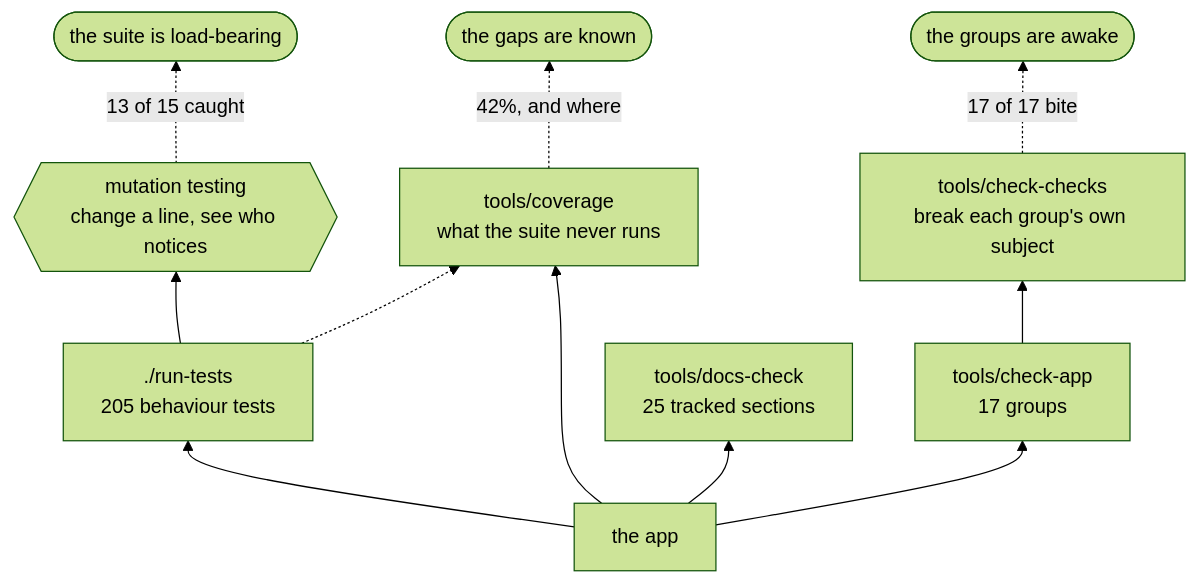
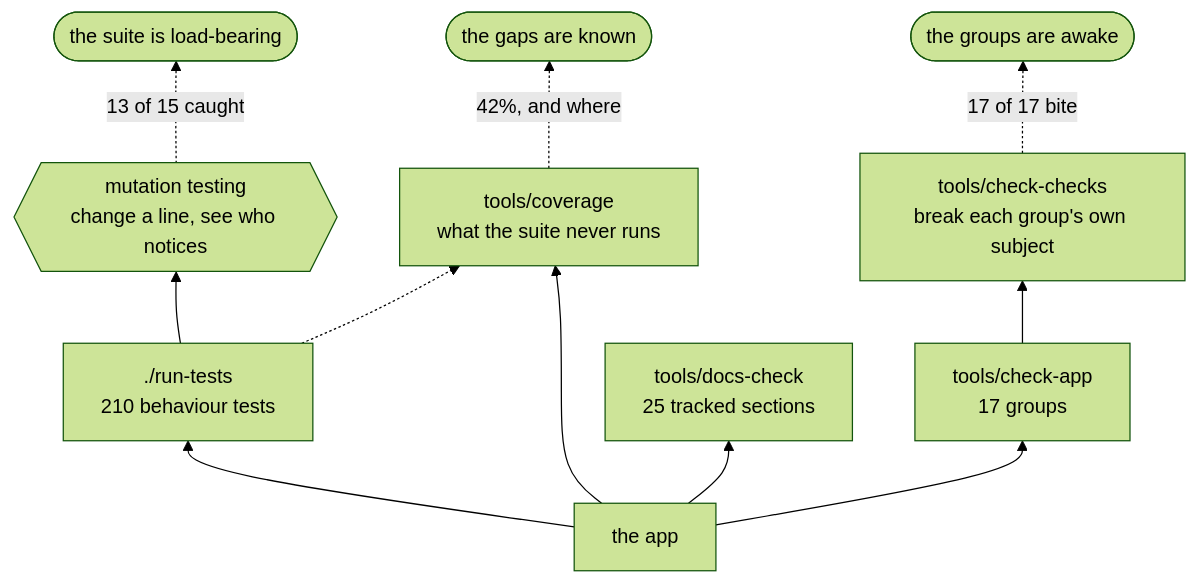
One commit to minormending/crystal-pilot-mobile changed the second of 2 diagrams in docs/DEVELOPING.md. Above: the diagram before and after it, drawn with Mermaid (forest theme). The commit also changed 1 other file, not shown here.

Commit message:
Record the nineteenth pass, which audited the eighteenth's fix
The most useful entry in this log so far, because it is a shape none of the
other nineteen methods produced: not code that was never right, but code that
had just been made right and was not.

The eighteenth pass shipped a guard declining the fifth move and admitted it had
never been seen firing. This pass watched it. It fired four times and changed
nothing -- Gen 2 asks two questions, the second wants YES, and answering no to
both loops until a stray A lands on the delete prompt. Firing was not the same as
working, and only a cartridge could have said so. Drawn as the two-question fork,
because the loop between them is the bug.

The second finding closes the docstring's list of missing policies: an evolution
renamed the thing being trained in silence. Letting it evolve is right; a policy
nobody states is indistinguishable from an accident.

And the entry ends on the thing worth more than either defect: the same test gap
appeared two passes running -- exercising the piece rather than the caller -- and
both mutations broke nothing until the callers were covered.

````diff
--- a/docs/DEVELOPING.md
+++ b/docs/DEVELOPING.md
@@ -118,13 +118,13 @@
 ```mermaid
 flowchart BT
-    C["the app"] --> T["./run-tests<br/>205 behaviour tests"]
+    C["the app"] --> T["./run-tests<br/>210 behaviour tests"]
     C --> A["tools/check-app<br/>17 groups"]
     C --> D["tools/docs-check<br/>25 tracked sections"]
     C --> V["tools/coverage<br/>what the suite never runs"]
     T --> M{{"mutation testing<br/>change a line, see who notices"}}
     A --> K["tools/check-checks<br/>break each group's own subject"]
     T -.-> V
     M -.->|"13 of 15 caught"| R(["the suite is load-bearing"])
     K -.->|"17 of 17 bite"| R2(["the groups are awake"])
     V -.->|"42%, and where"| R3(["the gaps are known"])
 ```
````
